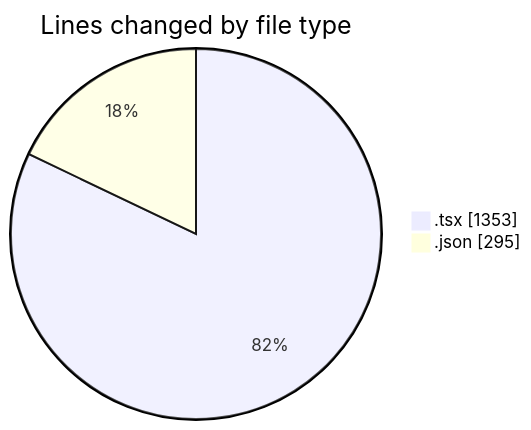
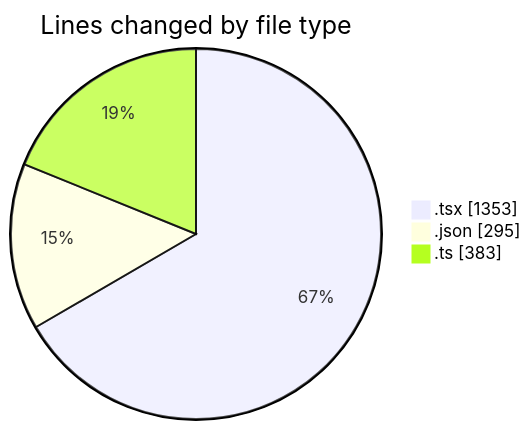
The first of 2 diagrams in 2025-10-11/eventscop-frontend-guide__workspace_/README.md (julien-gomy/code-tracking), drawn with Mermaid before and after one commit. The commit also changed other lines of this file and 1 other file, not shown here.

````diff
--- a/2025-10-11/eventscop-frontend-guide__workspace_/README.md
+++ b/2025-10-11/eventscop-frontend-guide__workspace_/README.md
@@ -33,6 +34,7 @@
 ```mermaid
 pie showData
 title Lines changed by file type
 ".tsx" : 1353
 ".json" : 295
+".ts" : 383
 ```
````
